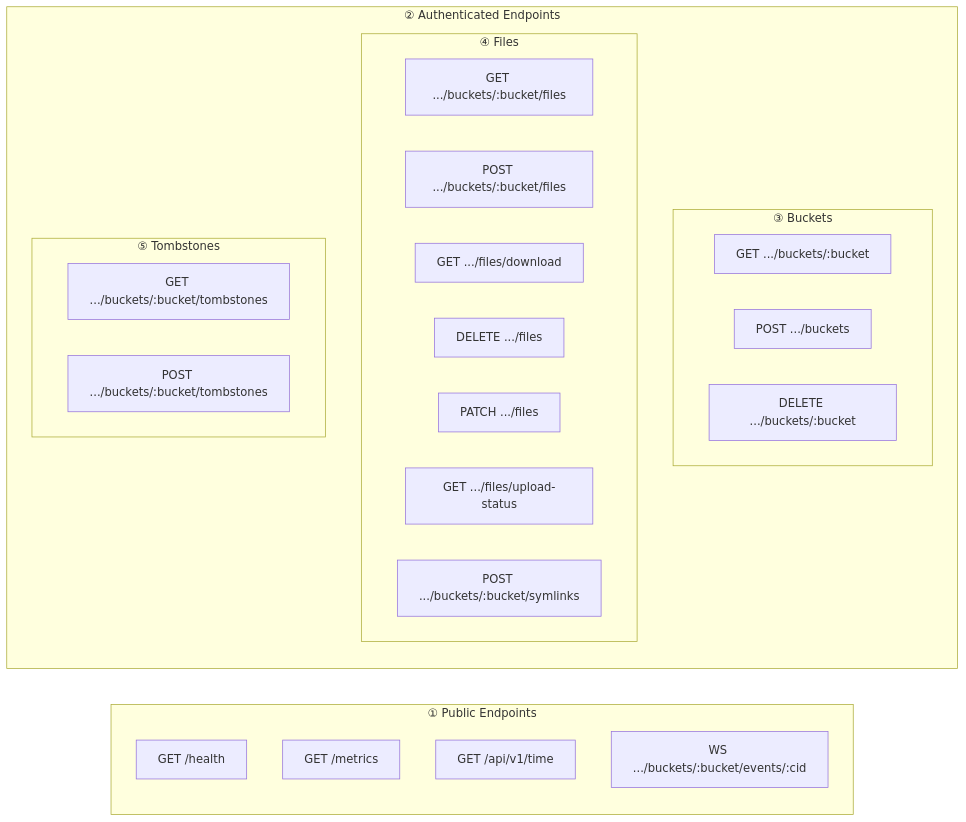
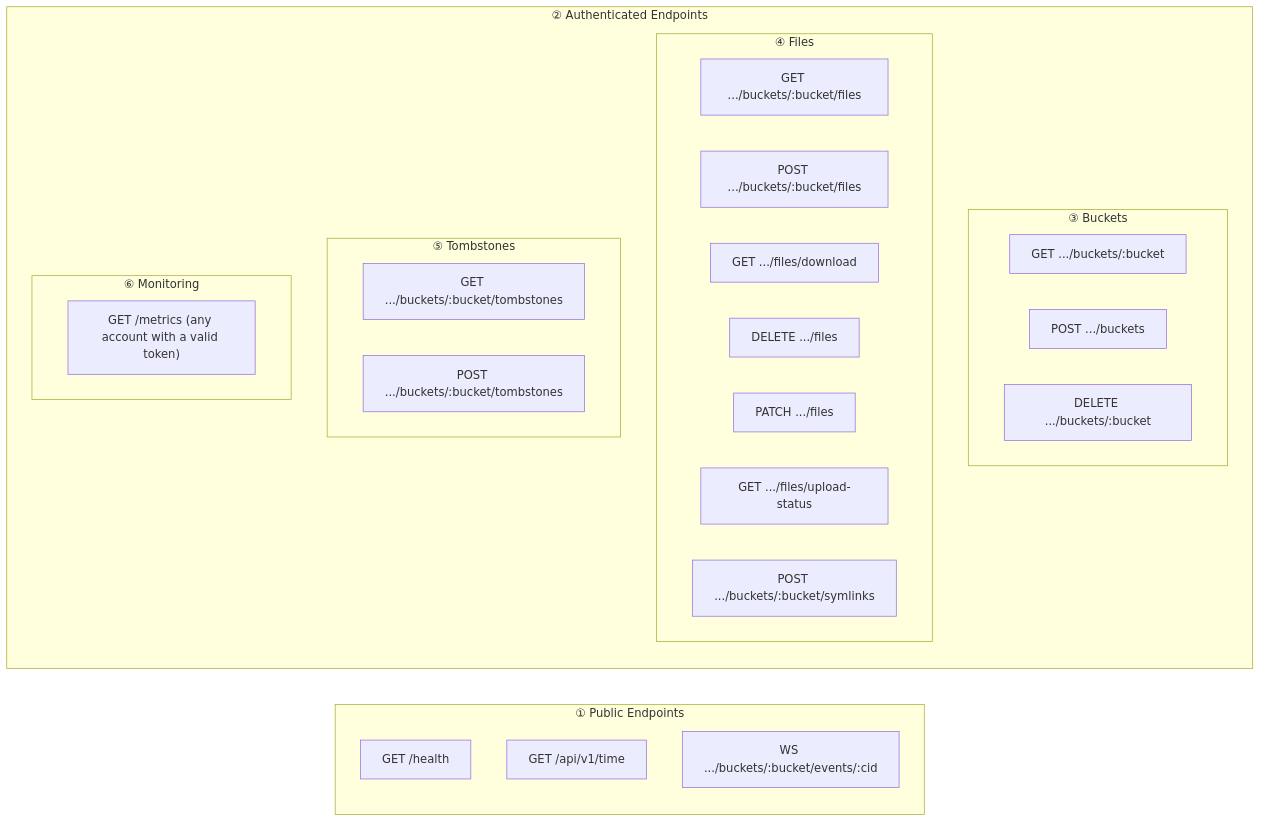
One commit to albertsdk/hsync-server changed the first of 2 diagrams in docs/api.md. Above: the diagram before and after it, drawn with Mermaid. The commit also changed other lines of this file and 13 other files, not shown here.

````diff
--- a/docs/api.md
+++ b/docs/api.md
@@ -7,32 +7,35 @@
 ```mermaid
 graph LR
     subgraph Public["① Public Endpoints"]
         H["GET /health"]
-        M["GET /metrics"]
         T["GET /api/v1/time"]
         WS["WS .../buckets/:bucket/events/:cid"]
     end
 
     subgraph Auth["② Authenticated Endpoints"]
         subgraph Buckets["③ Buckets"]
             GB["GET .../buckets/:bucket"]
             CB["POST .../buckets"]
             DB["DELETE .../buckets/:bucket"]
         end
 
         subgraph Files["④ Files"]
             LF["GET .../buckets/:bucket/files"]
             UF["POST .../buckets/:bucket/files"]
             DF["GET .../files/download"]
             RF["DELETE .../files"]
             MV["PATCH .../files"]
             US["GET .../files/upload-status"]
             SL["POST .../buckets/:bucket/symlinks"]
         end
 
         subgraph Tombstones["⑤ Tombstones"]
             GT["GET .../buckets/:bucket/tombstones"]
             PT["POST .../buckets/:bucket/tombstones"]
         end
+
+        subgraph Monitoring["⑥ Monitoring"]
+            MET["GET /metrics (any account with a valid token)"]
+        end
     end
 ```
````
